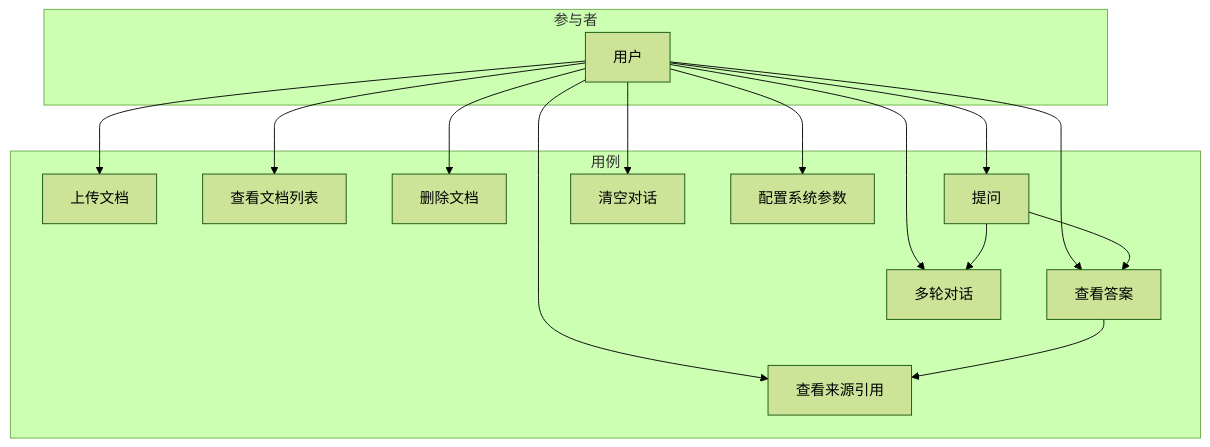
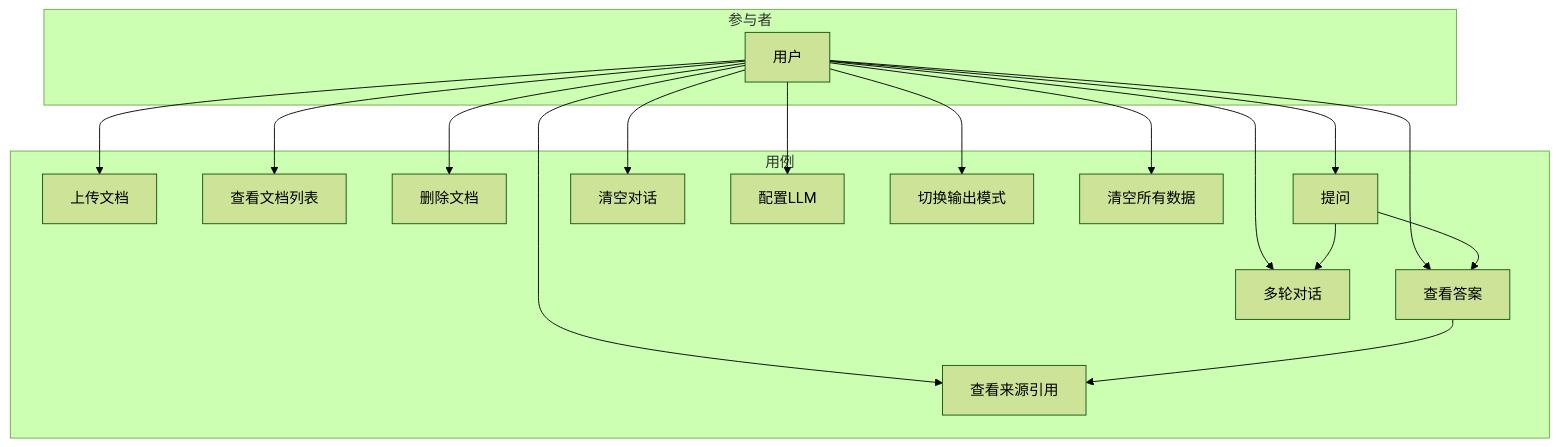
Before and after one commit to charles-artifactory/NLP-Courcework: the diagram in docs/需求分析.md, drawn with Mermaid (forest theme). The commit also changed other lines of this file and 24 other files, not shown here.

````diff
--- a/docs/需求分析.md
+++ b/docs/需求分析.md
@@ -239,32 +329,36 @@
 ```mermaid
 flowchart TB
     subgraph actors [参与者]
         U[用户]
     end
     
     subgraph usecases [用例]
         UC1[上传文档]
         UC2[查看文档列表]
         UC3[删除文档]
         UC4[提问]
         UC5[查看答案]
         UC6[查看来源引用]
         UC7[多轮对话]
         UC8[清空对话]
-        UC9[配置系统参数]
+        UC9[配置LLM]
+        UC10[切换输出模式]
+        UC11[清空所有数据]
     end
     
     U --> UC1
     U --> UC2
     U --> UC3
     U --> UC4
     U --> UC5
     U --> UC6
     U --> UC7
     U --> UC8
     U --> UC9
+    U --> UC10
+    U --> UC11
     
     UC4 --> UC5
     UC5 --> UC6
     UC4 --> UC7
 ```
````
